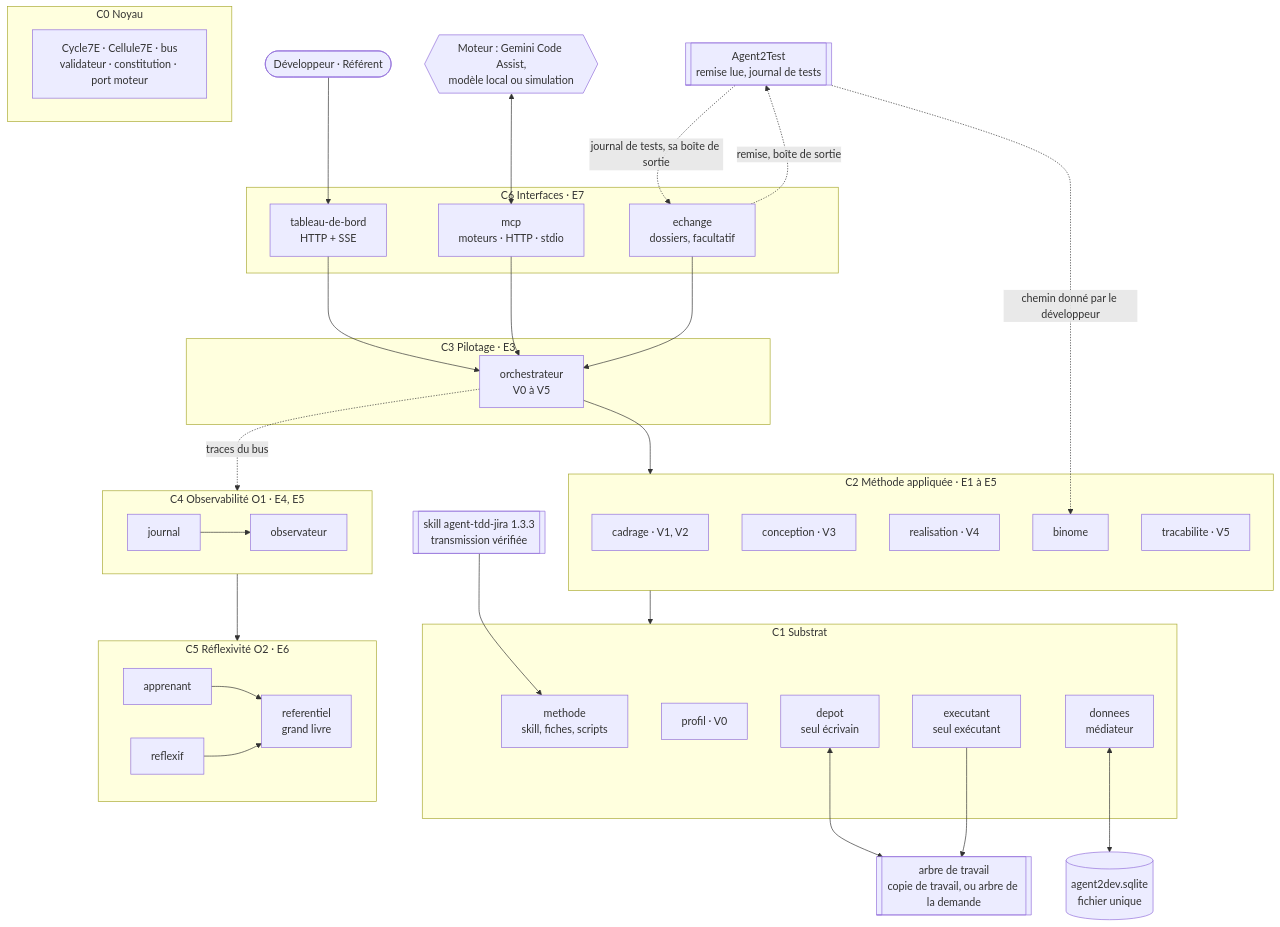
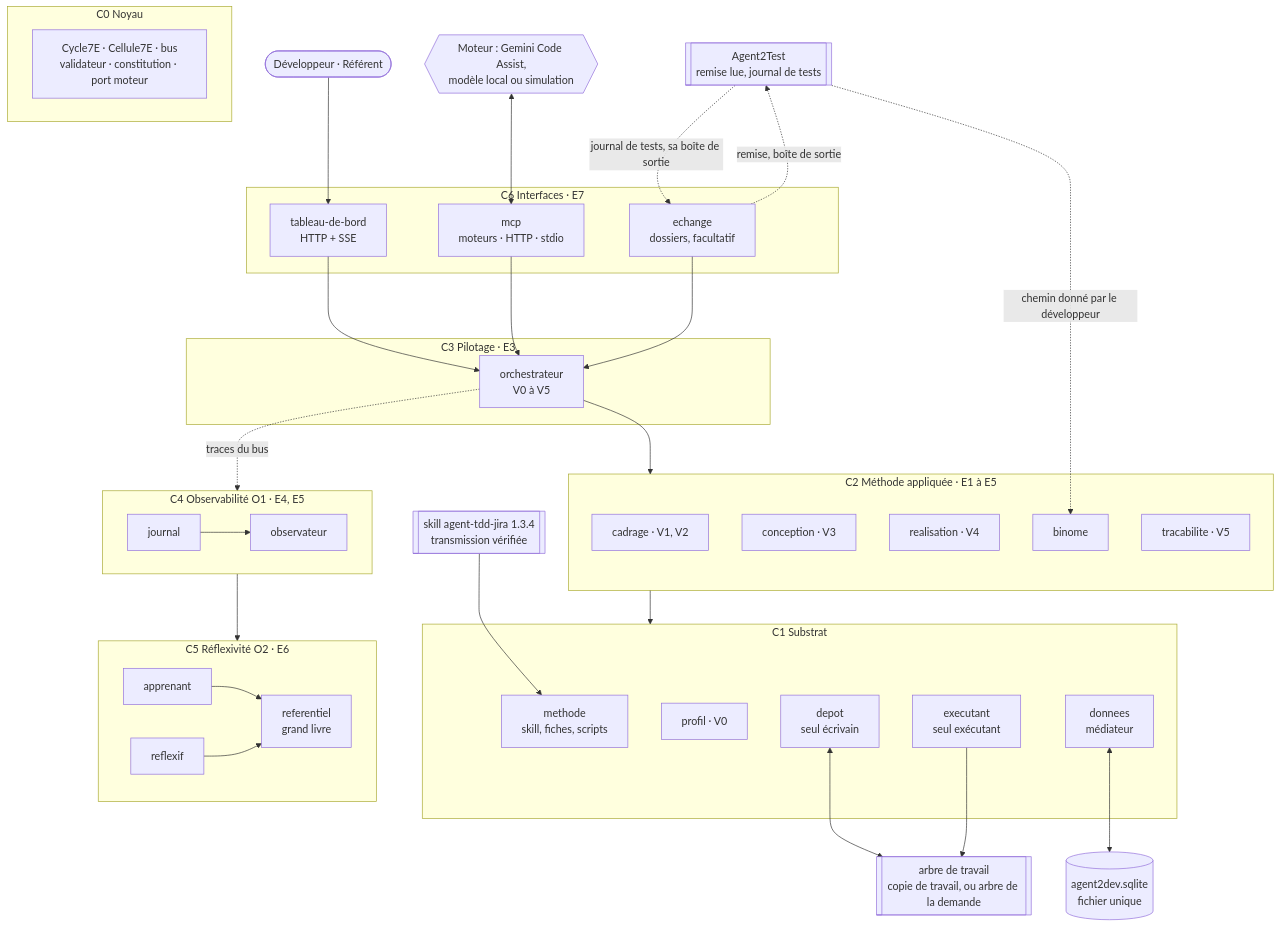
Before and after one commit to FredGarcia/Agent2Prompt: the diagram in specs/agent2dev/SKILL.md, drawn with Mermaid. The commit also changed other lines of this file and 39 other files, not shown here.

First line of the commit message:
spec(agent2test, agent2dev, agent-tdd-jira, orchestrateur-c7e): versions 1.3.1, 1.1.3, 1.3.4 et 3.5.3, Node 26.13.0 recommandé

````diff
--- a/specs/agent2dev/SKILL.md
+++ b/specs/agent2dev/SKILL.md
@@ -69,57 +69,57 @@
 ```mermaid
 flowchart TB
   DEV(["Développeur · Référent"])
   GEM{{"Moteur : Gemini Code Assist,<br/>modèle local ou simulation"}}
-  SK[["skill agent-tdd-jira 1.3.3<br/>transmission vérifiée"]]
+  SK[["skill agent-tdd-jira 1.3.4<br/>transmission vérifiée"]]
   A2T[["Agent2Test<br/>remise lue, journal de tests"]]
   subgraph C6["C6 Interfaces · E7"]
     TDB["tableau-de-bord<br/>HTTP + SSE"]
     MCP["mcp<br/>moteurs · HTTP · stdio"]
     ECH["echange<br/>dossiers, facultatif"]
   end
   subgraph C3["C3 Pilotage · E3"]
     ORC["orchestrateur<br/>V0 à V5"]
   end
   subgraph C2["C2 Méthode appliquée · E1 à E5"]
     CAD["cadrage · V1, V2"]
     CON["conception · V3"]
     REA["realisation · V4"]
     BIN["binome"]
     TRA["tracabilite · V5"]
   end
   subgraph C1["C1 Substrat"]
     MET["methode<br/>skill, fiches, scripts"]
     PRO["profil · V0"]
     DEP["depot<br/>seul écrivain"]
     EXE["executant<br/>seul exécutant"]
     DON["donnees<br/>médiateur"]
   end
   subgraph C0["C0 Noyau"]
     K["Cycle7E · Cellule7E · bus<br/>validateur · constitution · port moteur"]
   end
   subgraph C4["C4 Observabilité O1 · E4, E5"]
     JRN["journal"] --> OBS["observateur"]
   end
   subgraph C5["C5 Réflexivité O2 · E6"]
     APP["apprenant"] --> REF["referentiel<br/>grand livre"]
     RFX["reflexif"] --> REF
   end
   PROJ[["arbre de travail<br/>copie de travail, ou arbre de la demande"]]
   BDD[("agent2dev.sqlite<br/>fichier unique")]
   DEV --> TDB
   GEM <--> MCP
   TDB --> ORC
   MCP --> ORC
   ECH --> ORC
   ORC --> C2
   C2 --> C1
   SK --> MET
   A2T -.->|"chemin donné par le développeur"| BIN
   ECH -.->|"remise, boîte de sortie"| A2T
   A2T -.->|"journal de tests, sa boîte de sortie"| ECH
   DEP <--> PROJ
   EXE --> PROJ
   DON <--> BDD
   ORC -.->|"traces du bus"| C4
   C4 --> C5
 ```
````
